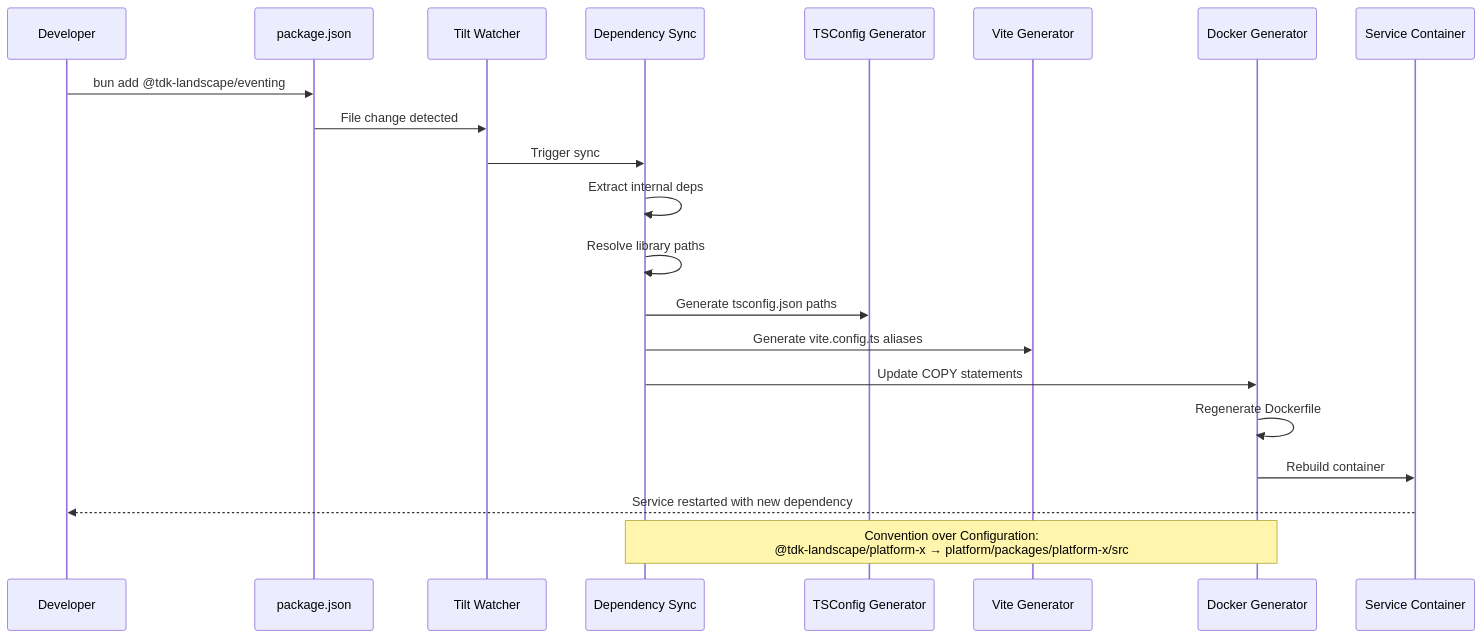
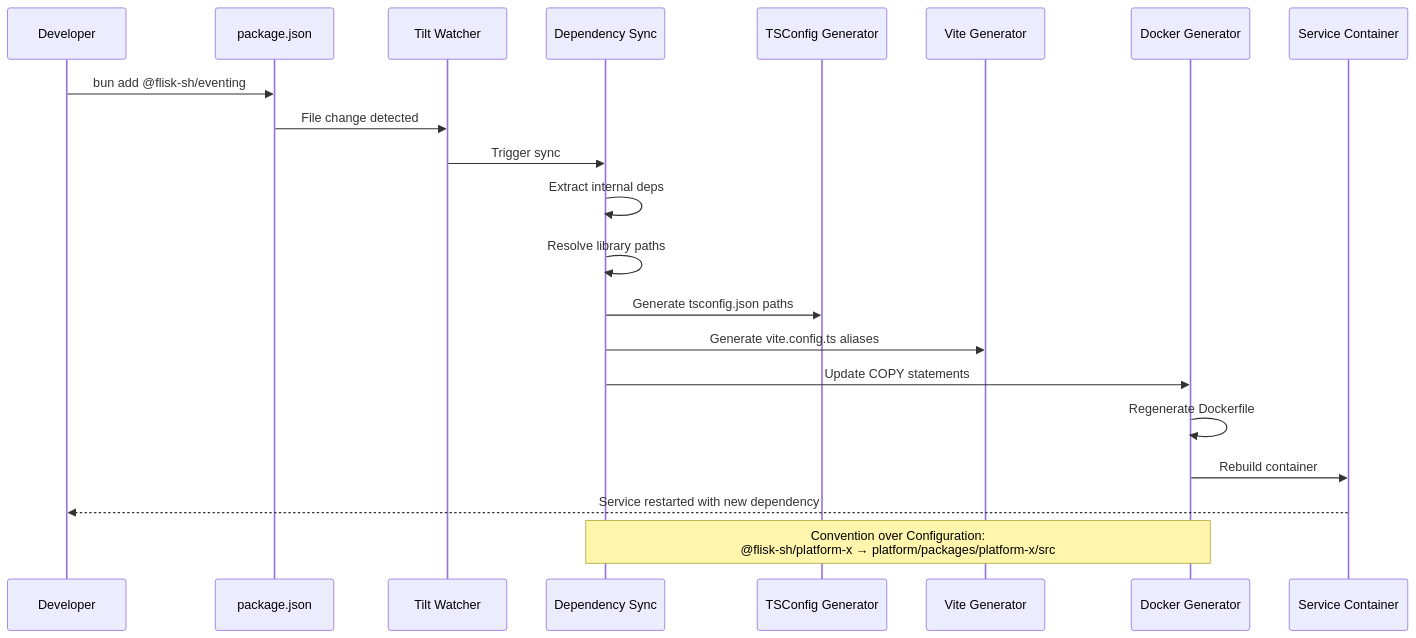
One commit to AK-Lmn/tdk-cli-core changed the fifth of 5 diagrams in engine/docs/C4-ARCHITECTURE-overview.md. Above: the diagram before and after it, drawn with Mermaid. The commit also changed 34 other files, not shown here.

````diff
--- a/engine/docs/C4-ARCHITECTURE-overview.md
+++ b/engine/docs/C4-ARCHITECTURE-overview.md
@@ -257,25 +257,25 @@
 ```mermaid
 sequenceDiagram
     participant Dev as Developer
     participant File as package.json
     participant Tilt as Tilt Watcher
     participant DepSync as Dependency Sync
     participant TS as TSConfig Generator
     participant Vite as Vite Generator
     participant Docker as Docker Generator
     participant Service as Service Container
     
-    Dev->>File: bun add @tdk-landscape/eventing
+    Dev->>File: bun add @flisk-sh/eventing
     File->>Tilt: File change detected
     Tilt->>DepSync: Trigger sync
     DepSync->>DepSync: Extract internal deps
     DepSync->>DepSync: Resolve library paths
     DepSync->>TS: Generate tsconfig.json paths
     DepSync->>Vite: Generate vite.config.ts aliases
     DepSync->>Docker: Update COPY statements
     Docker->>Docker: Regenerate Dockerfile
     Docker->>Service: Rebuild container
     Service-->>Dev: Service restarted with new dependency
     
-    Note over DepSync,Docker: Convention over Configuration:<br/>@tdk-landscape/platform-x → platform/packages/platform-x/src
+    Note over DepSync,Docker: Convention over Configuration:<br/>@flisk-sh/platform-x → platform/packages/platform-x/src
 ```
````
